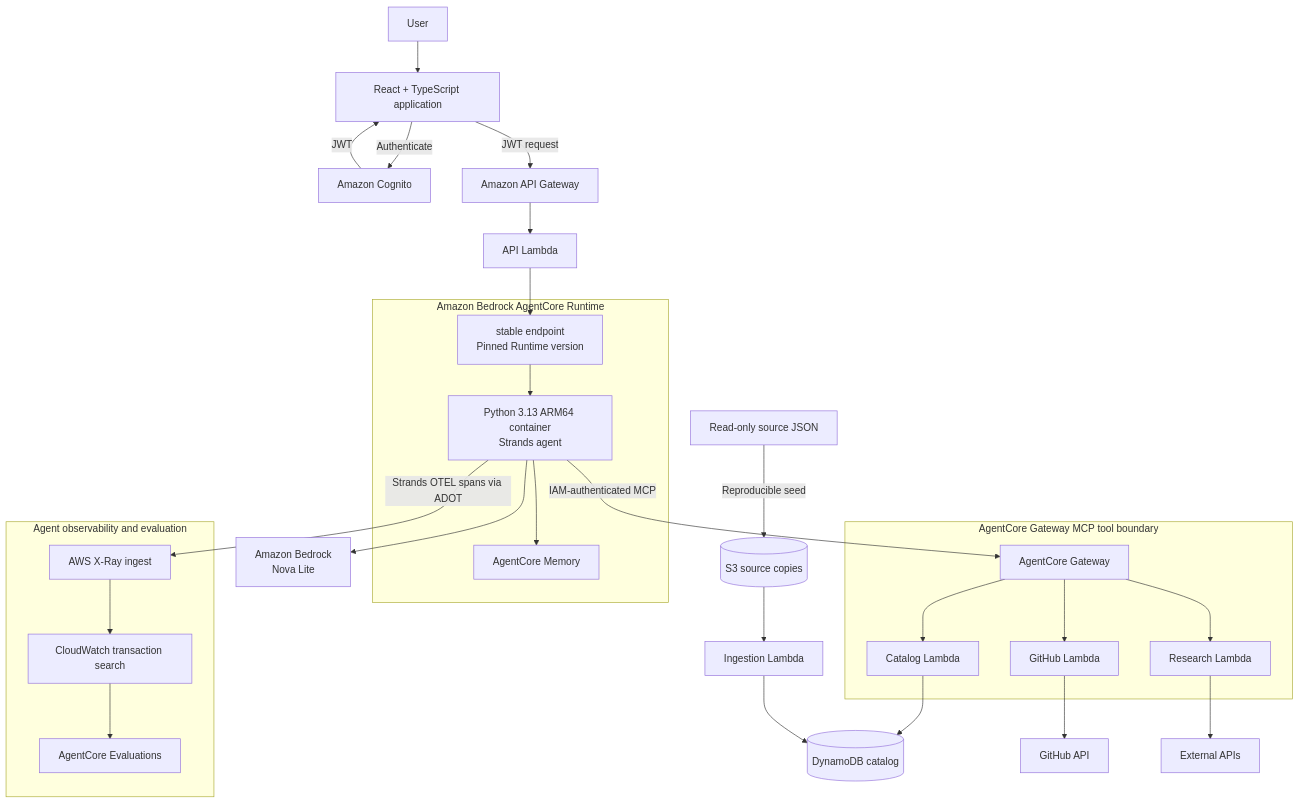
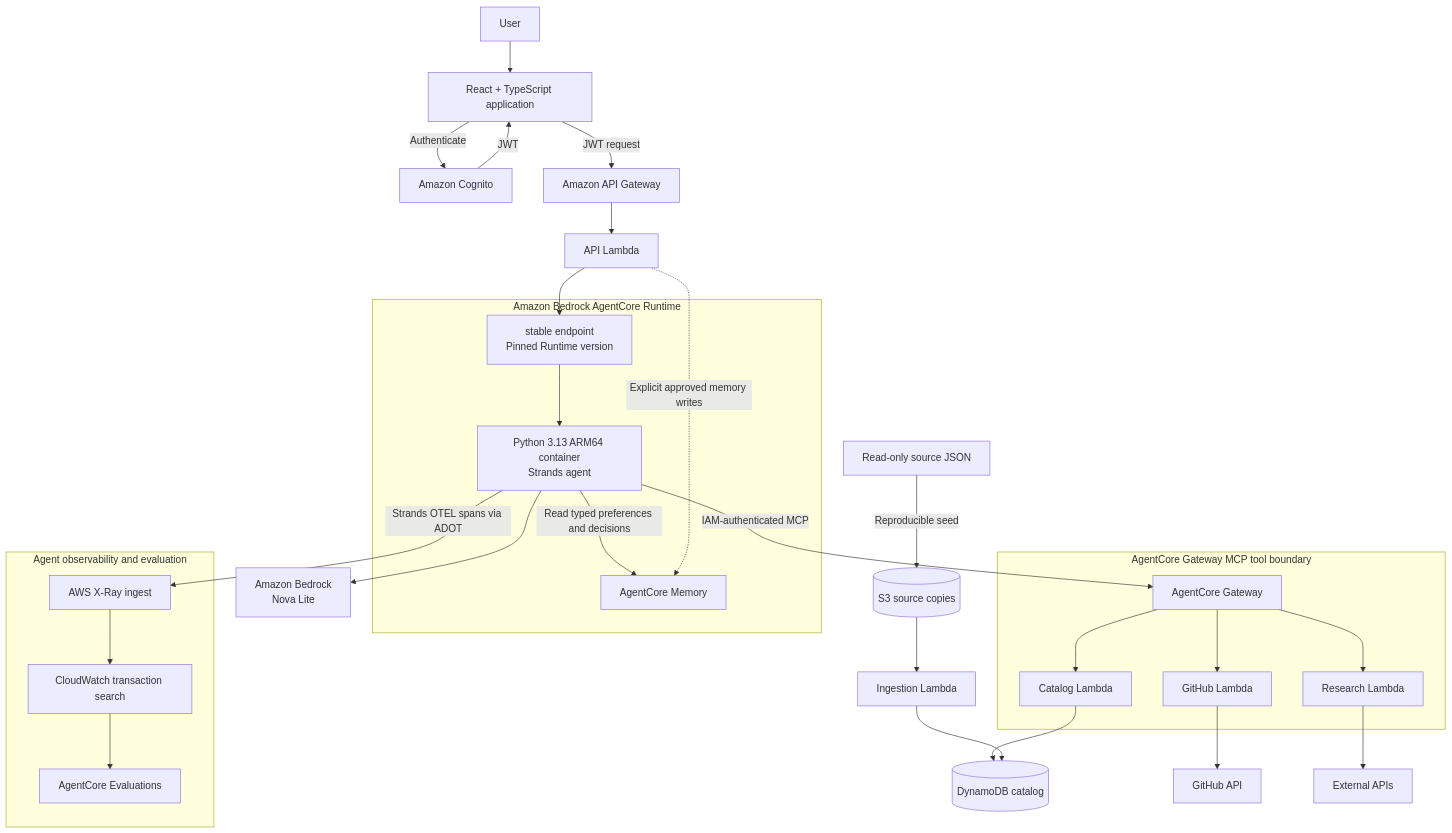
One commit to barrettotte/praxis changed the diagram in README.md. Above: the diagram before and after it, drawn with Mermaid. The commit also changed 28 other files, not shown here.

Commit message:
add actor-scoped AgentCore memory

````diff
--- a/README.md
+++ b/README.md
@@ -9,47 +9,48 @@
 ```mermaid
 flowchart TD
     user[User] --> ui[React + TypeScript application]
     ui -->|Authenticate| cognito[Amazon Cognito]
     cognito -->|JWT| ui
     ui -->|JWT request| apiGateway[Amazon API Gateway]
     apiGateway --> apiLambda[API Lambda]
 
     subgraph runtime[Amazon Bedrock AgentCore Runtime]
         runtimeEndpoint[stable endpoint<br/>Pinned Runtime version]
         agent[Python 3.13 ARM64 container<br/>Strands agent]
         memory[AgentCore Memory]
         runtimeEndpoint --> agent
-        agent --> memory
+        agent -->|Read typed preferences and decisions| memory
     end
 
     apiLambda --> runtimeEndpoint
+    apiLambda -.->|Explicit approved memory writes| memory
     agent --> bedrock[Amazon Bedrock<br/>Nova Lite]
 
     subgraph observability[Agent observability and evaluation]
         xray[AWS X-Ray ingest]
         cloudwatch[CloudWatch transaction search]
         evaluations[AgentCore Evaluations]
         xray --> cloudwatch --> evaluations
     end
 
     agent -->|Strands OTEL spans via ADOT| xray
 
     subgraph tools[AgentCore Gateway MCP tool boundary]
         gateway[AgentCore Gateway]
         catalogLambda[Catalog Lambda]
         githubLambda[GitHub Lambda]
         researchLambda[Research Lambda]
         gateway --> catalogLambda
         gateway --> githubLambda
         gateway --> researchLambda
     end
 
     agent -->|IAM-authenticated MCP| gateway
     catalogLambda --> catalog[(DynamoDB catalog)]
     githubLambda --> github[GitHub API]
     researchLambda --> external[External APIs]
 
     sources[Read-only source JSON] -->|Reproducible seed| sourceBucket[(S3 source copies)]
     sourceBucket --> ingestion[Ingestion Lambda]
     ingestion --> catalog
 ```
````
